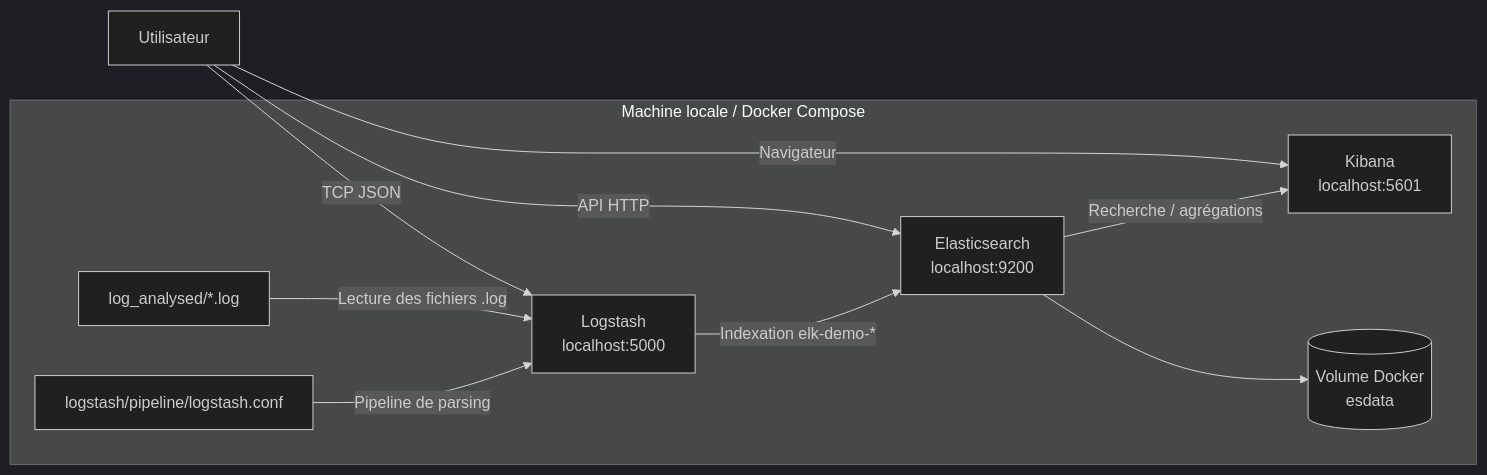
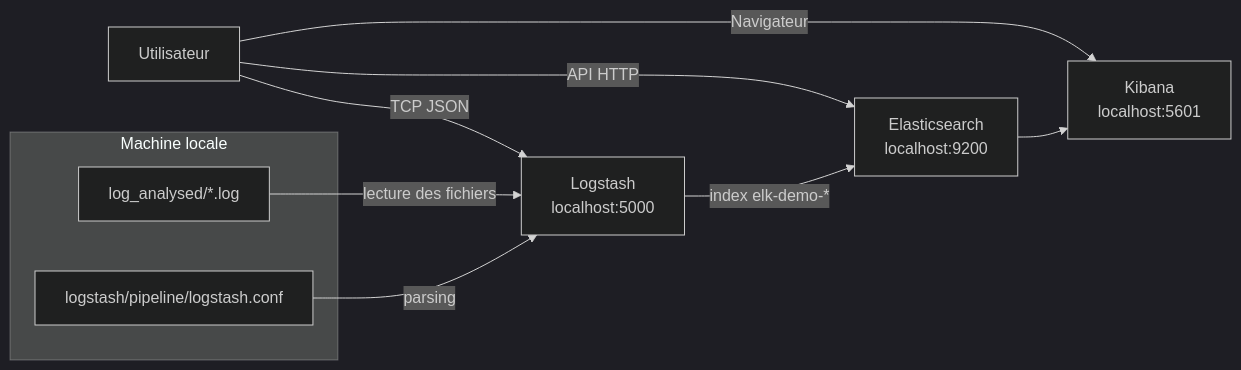
The diagram in README.md (RobinThiriet/ELK), drawn with Mermaid (dark theme) before and after one commit. The commit also changed other lines of this file, not shown here.

````diff
--- a/README.md
+++ b/README.md
@@ -25,18 +16,16 @@
 ```mermaid
 flowchart LR
     U[Utilisateur] -->|Navigateur| K[Kibana<br/>localhost:5601]
     U -->|API HTTP| E[Elasticsearch<br/>localhost:9200]
     U -->|TCP JSON| L[Logstash<br/>localhost:5000]
 
-    subgraph HOST[Machine locale / Docker Compose]
-        LF[log_analysed/*.log]
-        LP[logstash/pipeline/logstash.conf]
-        ED[(Volume Docker<br/>esdata)]
+    subgraph HOST[Machine locale]
+        LOGS[log_analysed/*.log]
+        PIPE[logstash/pipeline/logstash.conf]
+    end
 
-        LF -->|Lecture des fichiers .log| L
-        LP -->|Pipeline de parsing| L
-        L -->|Indexation elk-demo-*| E
-        E -->|Recherche / agrégations| K
-        E --> ED
-    end
+    LOGS -->|lecture des fichiers| L
+    PIPE -->|parsing| L
+    L -->|index elk-demo-*| E
+    E --> K
 ```
````
